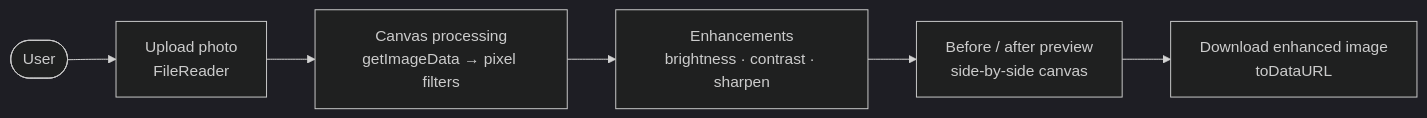
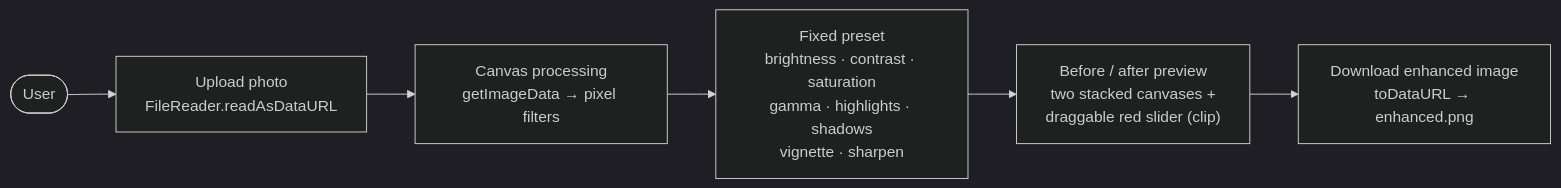
One commit to thiteswapnil1212-hue/ai-photo-enhancer changed the diagram in README.md. Above: the diagram before and after it, drawn with Mermaid (dark theme). The commit also changed other lines of this file, not shown here.

````diff
--- a/README.md
+++ b/README.md
@@ -13,8 +44,8 @@
 ```mermaid
 flowchart LR
-    User([User]) --> Upload["Upload photo<br/>FileReader"]
+    User([User]) --> Upload["Upload photo<br/>FileReader.readAsDataURL"]
     Upload --> Canvas["Canvas processing<br/>getImageData → pixel filters"]
-    Canvas --> Filters["Enhancements<br/>brightness · contrast · sharpen"]
-    Filters --> Preview["Before / after preview<br/>side-by-side canvas"]
-    Preview --> DL["Download enhanced image<br/>toDataURL"]
+    Canvas --> Filters["Fixed preset<br/>brightness · contrast · saturation<br/>gamma · highlights · shadows<br/>vignette · sharpen"]
+    Filters --> Preview["Before / after preview<br/>two stacked canvases +<br/>draggable red slider (clip)"]
+    Preview --> DL["Download enhanced image<br/>toDataURL → enhanced.png"]
 ```
````
